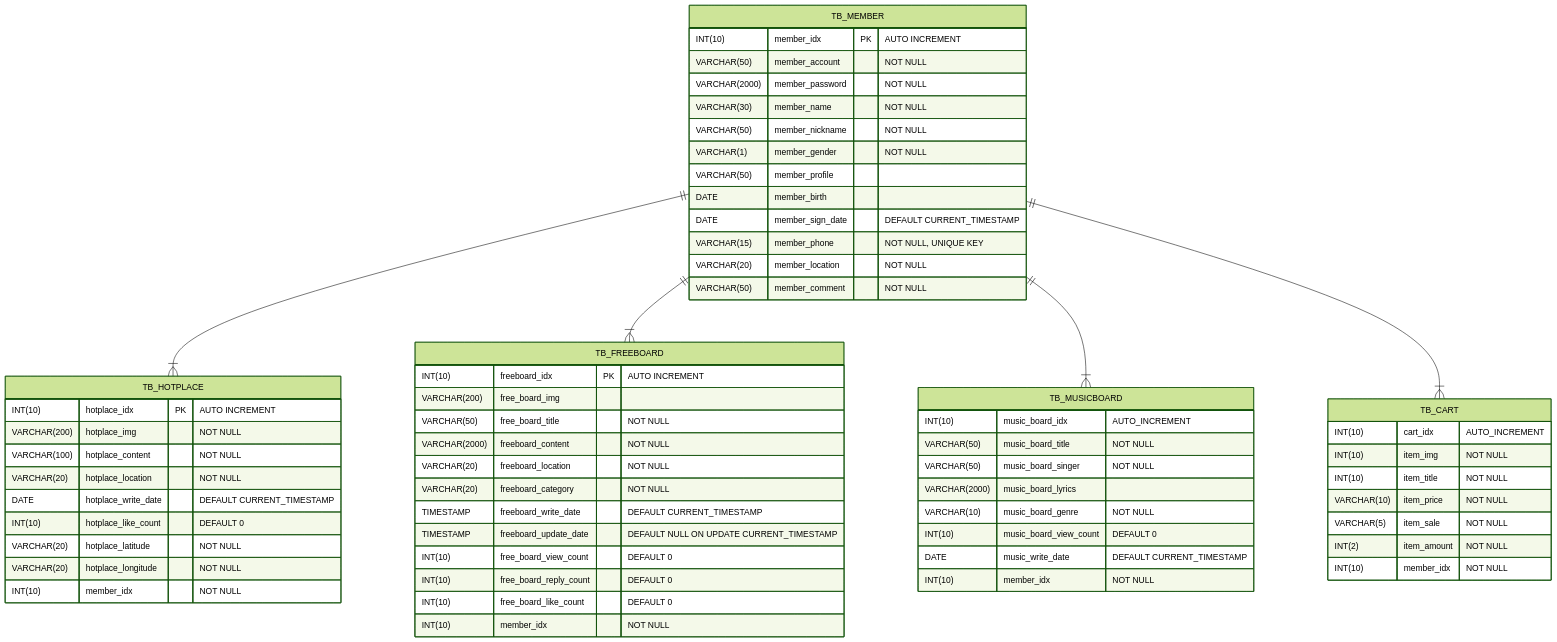
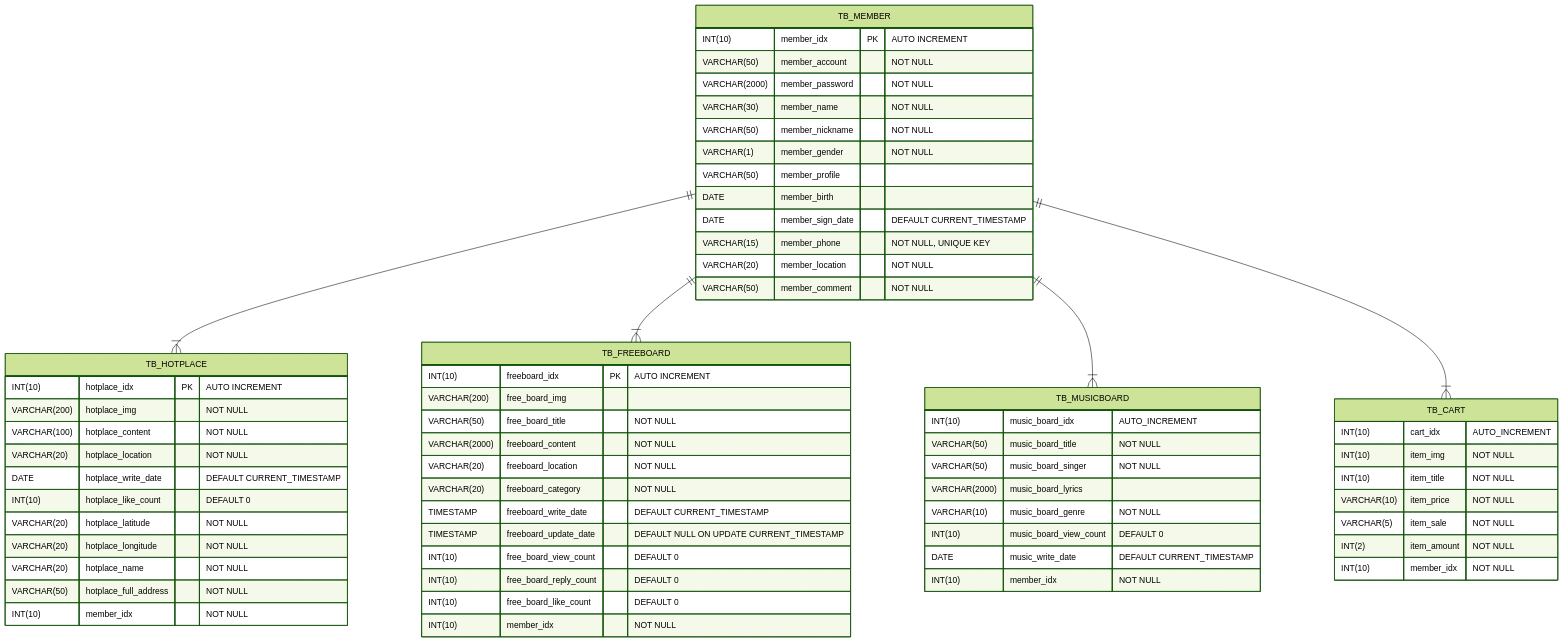
The diagram in README.md (Connect-Dots-Project/BackEnd), drawn with Mermaid (forest theme) before and after one commit.

Commit message:
[feature] hotplace_name, full address added

````diff
--- a/README.md
+++ b/README.md
@@ -1,71 +1,73 @@
 ```mermaid
 erDiagram 
     TB_MEMBER||--|{TB_HOTPLACE :""
     TB_MEMBER{
         INT(10) member_idx PK "AUTO INCREMENT"
         VARCHAR(50) member_account "NOT NULL"
         VARCHAR(2000) member_password "NOT NULL"
         VARCHAR(30) member_name "NOT NULL"
         VARCHAR(50) member_nickname "NOT NULL"
         VARCHAR(1) member_gender "NOT NULL"
         VARCHAR(50) member_profile
         DATE member_birth 
         DATE member_sign_date "DEFAULT CURRENT_TIMESTAMP"
         VARCHAR(15) member_phone "NOT NULL, UNIQUE KEY"
         VARCHAR(20) member_location "NOT NULL"
         VARCHAR(50) member_comment "NOT NULL"
     }
     
     TB_HOTPLACE{
         INT(10) hotplace_idx PK "AUTO INCREMENT"
         VARCHAR(200) hotplace_img "NOT NULL"
         VARCHAR(100) hotplace_content "NOT NULL"
         VARCHAR(20) hotplace_location "NOT NULL"
         DATE hotplace_write_date "DEFAULT CURRENT_TIMESTAMP"
         INT(10) hotplace_like_count "DEFAULT 0"
         VARCHAR(20) hotplace_latitude "NOT NULL"
         VARCHAR(20)  hotplace_longitude "NOT NULL"
+        VARCHAR(20) hotplace_name "NOT NULL"
+        VARCHAR(50) hotplace_full_address "NOT NULL"
         INT(10) member_idx "NOT NULL"
     }
     TB_MEMBER||--|{TB_FREEBOARD :""
     
     TB_FREEBOARD{
         INT(10) freeboard_idx PK "AUTO INCREMENT"
         VARCHAR(200) free_board_img
         VARCHAR(50) free_board_title "NOT NULL"
         VARCHAR(2000) freeboard_content "NOT NULL"
         VARCHAR(20) freeboard_location "NOT NULL"
         VARCHAR(20) freeboard_category "NOT NULL"
         TIMESTAMP freeboard_write_date "DEFAULT CURRENT_TIMESTAMP"
         TIMESTAMP freeboard_update_date "DEFAULT NULL ON UPDATE CURRENT_TIMESTAMP"
         INT(10) free_board_view_count "DEFAULT 0"
         INT(10) free_board_reply_count "DEFAULT 0"
         INT(10) free_board_like_count "DEFAULT 0"
         INT(10) member_idx "NOT NULL"
     }
     TB_MEMBER||--|{TB_MUSICBOARD :""
     
     TB_MUSICBOARD{
     INT(10) music_board_idx "AUTO_INCREMENT"
     VARCHAR(50) music_board_title "NOT NULL"
     VARCHAR(50) music_board_singer  "NOT NULL"
     VARCHAR(2000) music_board_lyrics 
     VARCHAR(10) music_board_genre  "NOT NULL"
     INT(10) music_board_view_count "DEFAULT 0"
     DATE music_write_date "DEFAULT CURRENT_TIMESTAMP"
     INT(10) member_idx "NOT NULL"
     }
     TB_MEMBER||--|{TB_CART :""
     
     TB_CART{
     INT(10) cart_idx "AUTO_INCREMENT"
     INT(10) item_img "NOT NULL"
     INT(10) item_title   "NOT NULL"
     VARCHAR(10) item_price  "NOT NULL"
     VARCHAR(5) item_sale  "NOT NULL"
     INT(2) item_amount  "NOT NULL"
     INT(10) member_idx "NOT NULL"
     }
     
     
 ```
````
